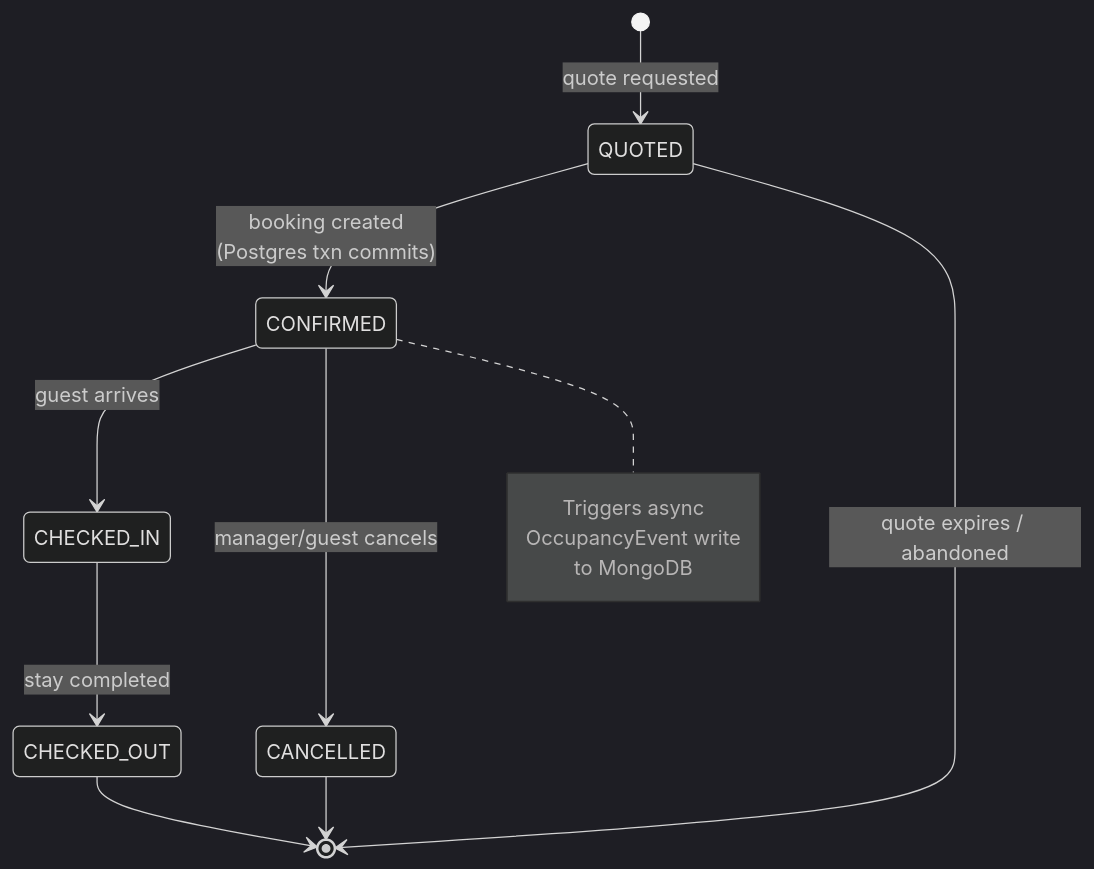
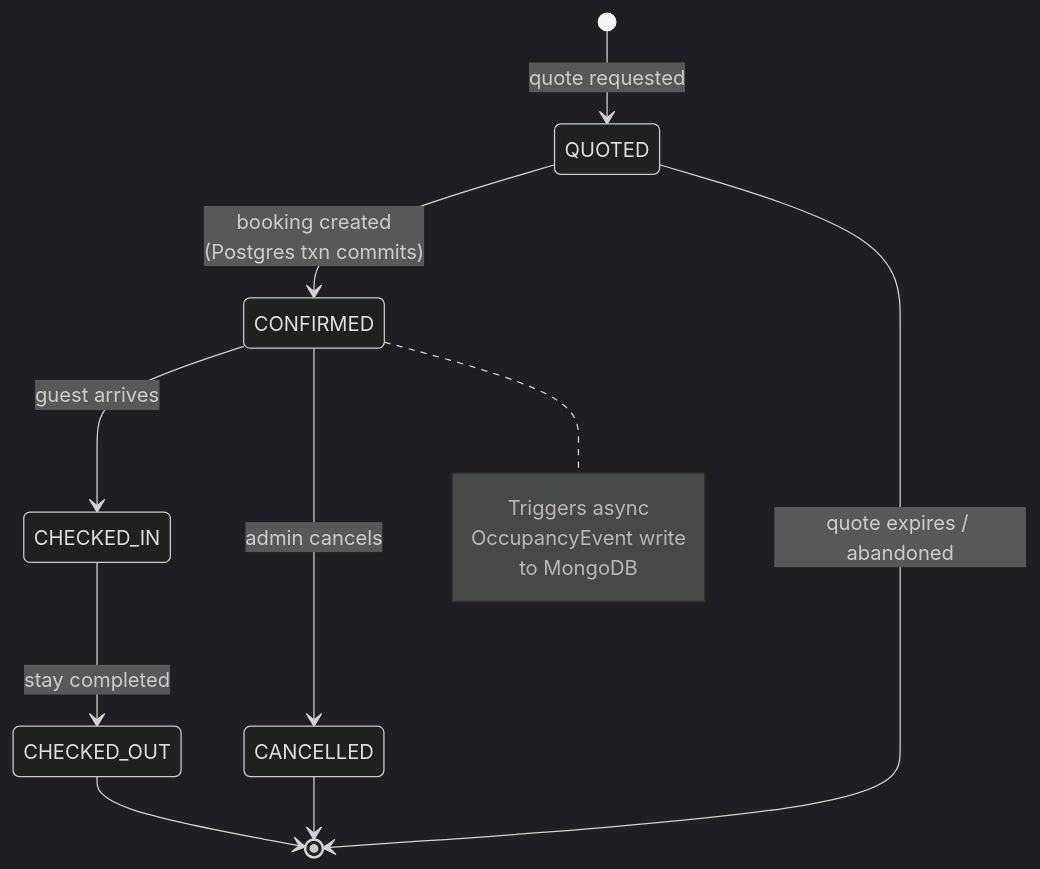
Before and after one commit to divyat2605/dynamicstay-revenue-engine: the third of 5 diagrams in docs/architecture.md, drawn with Mermaid (dark theme). The commit also changed 22 other files, not shown here.

````diff
--- a/docs/architecture.md
+++ b/docs/architecture.md
@@ -168,17 +168,17 @@
 ```mermaid
 stateDiagram-v2
     [*] --> QUOTED : quote requested
     QUOTED --> CONFIRMED : booking created<br/>(Postgres txn commits)
     CONFIRMED --> CHECKED_IN : guest arrives
     CHECKED_IN --> CHECKED_OUT : stay completed
-    CONFIRMED --> CANCELLED : manager/guest cancels
+    CONFIRMED --> CANCELLED : admin cancels
     QUOTED --> [*] : quote expires / abandoned
     CHECKED_OUT --> [*]
     CANCELLED --> [*]
 
     note right of CONFIRMED
         Triggers async
         OccupancyEvent write
         to MongoDB
     end note
 ```
````
